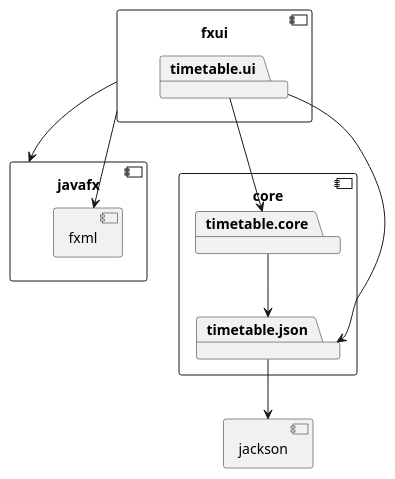
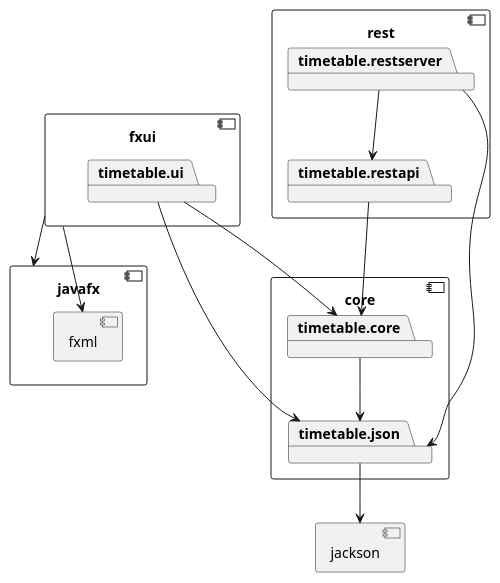
The diagram in timetable/architecture.puml (Aelxnadre72/timetable), drawn with PlantUML before and after one commit. The commit also changed 11 other files, not shown here.

```diff
--- a/timetable/architecture.puml
+++ b/timetable/architecture.puml
@@ -1,30 +1,38 @@
-@startuml
+@startuml architecture
 
 component core{
     package timetable.core
     package timetable.json
 }
 
 timetable.core --> timetable.json
 
 component jackson {
     timetable.json --> jackson
 }
 
 component fxui {
     package timetable.ui
 }
 
 timetable.ui --> timetable.core
 timetable.ui --> timetable.json
 
 component javafx { 
     component fxml{
 
     }
 }
 
 fxui --> javafx
 fxui --> fxml
 
+component rest {
+    package timetable.restapi
+    package timetable.restserver
+}
+
+timetable.restapi --> timetable.core
+timetable.restserver --> timetable.json
+timetable.restserver --> timetable.restapi
 @enduml
```
